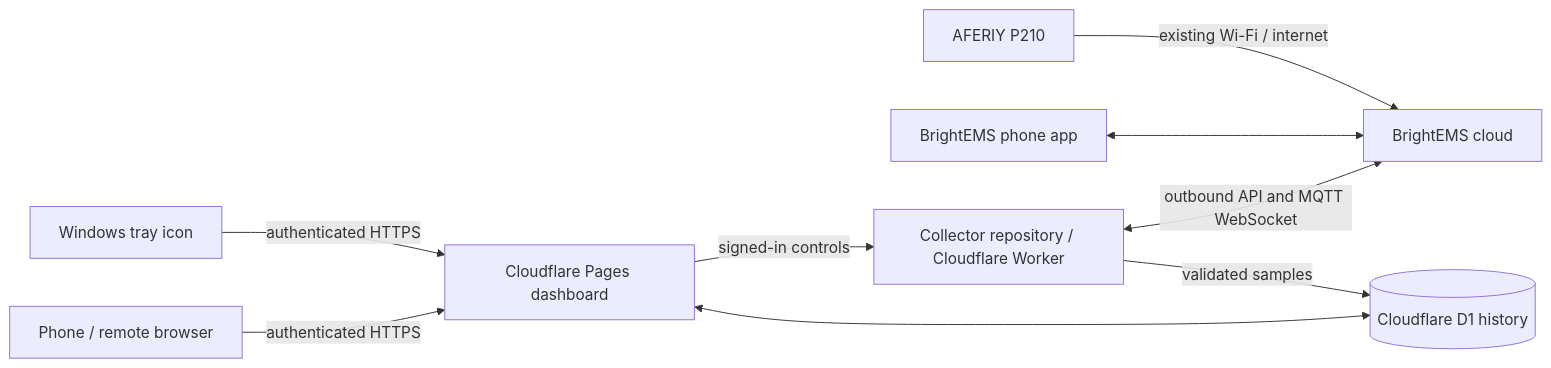
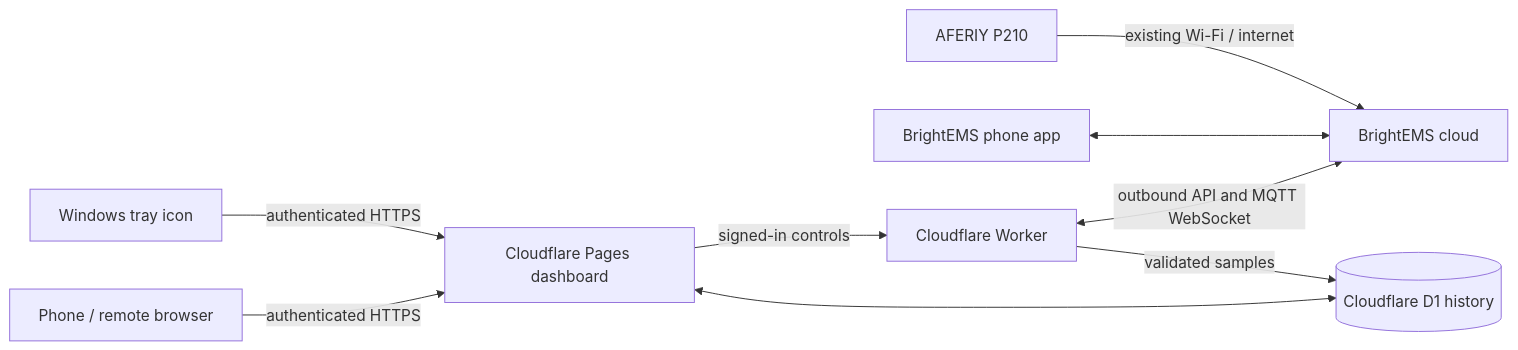
The diagram in PROJECT_PLAN.md (ffishstix/aferiy-p210-dashboard), drawn with Mermaid before and after one commit. The commit also changed other lines of this file and 30 other files, not shown here.

````diff
--- a/PROJECT_PLAN.md
+++ b/PROJECT_PLAN.md
@@ -9,11 +9,11 @@
 ```mermaid
 flowchart LR
   P[AFERIY P210] -- existing Wi-Fi / internet --> V[BrightEMS cloud]
   A[BrightEMS phone app] <--> V
-  W[Collector repository / Cloudflare Worker] <-->|outbound API and MQTT WebSocket| V
+  W[Cloudflare Worker] <-->|outbound API and MQTT WebSocket| V
   W -- validated samples --> D[(Cloudflare D1 history)]
   S[Cloudflare Pages dashboard] <--> D
   S -- signed-in controls --> W
   T[Windows tray icon] -- authenticated HTTPS --> S
   U[Phone / remote browser] -- authenticated HTTPS --> S
 ```
````
